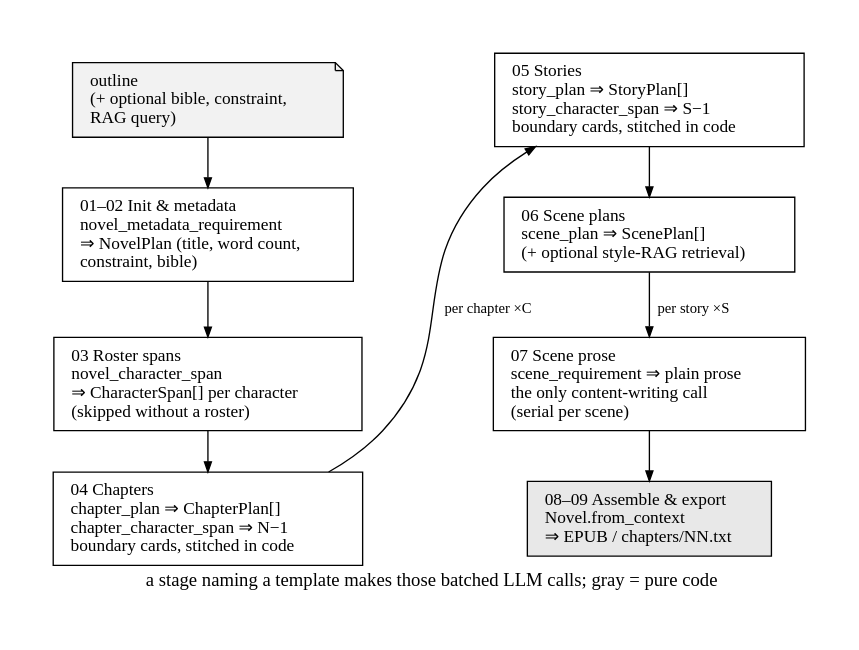
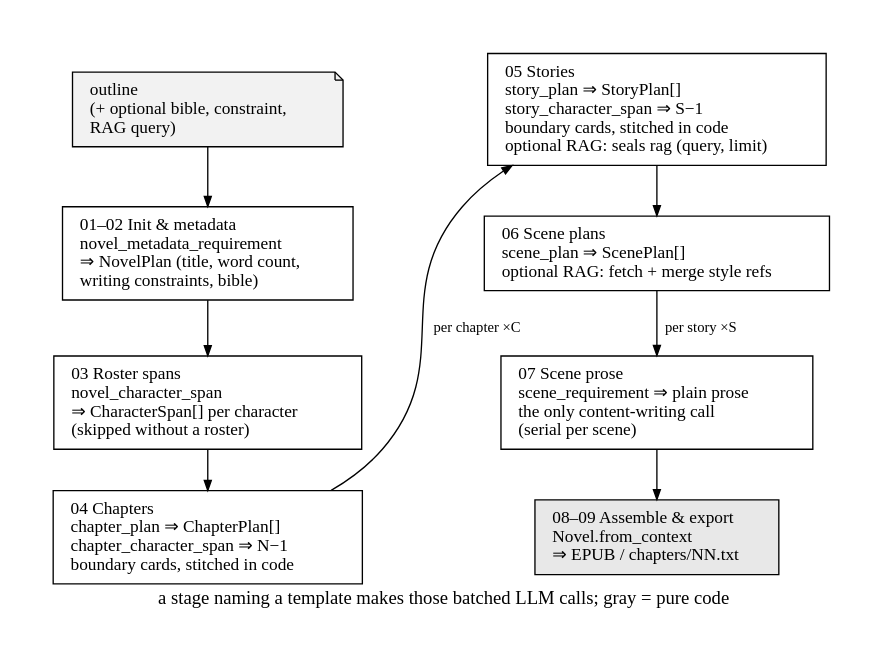
One commit to Whth/fabricatio changed the diagram in packages/fabricatio-novel/assets/pipeline.gv. Above: the diagram before and after it, drawn with Graphviz. The commit also changed 42 other files, not shown here.

```diff
--- a/packages/fabricatio-novel/assets/pipeline.gv
+++ b/packages/fabricatio-novel/assets/pipeline.gv
@@ -1,42 +1,42 @@
 // fabricatio-novel: staged pipeline with its LLM call inventory.
 // Render: dot -Tsvg pipeline.gv -o pipeline.svg
 // Templates are .hbs files under templates/built-in/ (full mapping in the README table).
 digraph pipeline {
     rankdir=TB;
     bgcolor="white";
     fontname="serif";
     pad="0.45";
     nodesep=0.45;
     ranksep=0.42;
     labelloc="b";
     label="  a stage naming a template makes those batched LLM calls; gray = pure code";
 
     node [shape=box, style="filled", fillcolor="white", color="black",
           fontname="serif", fontsize=13, margin="0.18,0.10"];
     edge [color="black", arrowsize=0.75, fontname="serif", fontsize=11];
 
     // left column — novel scope
     outline [label="outline\l(+ optional bible, constraint,\lRAG query)\l", shape=note, fillcolor="#F2F2F2"];
-    initmeta [label="01–02 Init & metadata\lnovel_metadata_requirement\l⇒ NovelPlan (title, word count,\lconstraint, bible)\l"];
+    initmeta [label="01–02 Init & metadata\lnovel_metadata_requirement\l⇒ NovelPlan (title, word count,\lwriting constraints, bible)\l"];
     chars    [label="03 Roster spans\lnovel_character_span\l⇒ CharacterSpan[] per character\l(skipped without a roster)\l"];
     chapters [label="04 Chapters\lchapter_plan ⇒ ChapterPlan[]\lchapter_character_span ⇒ N−1\lboundary cards, stitched in code\l"];
 
     // right column — chapter scope
-    stories [label="05 Stories\lstory_plan ⇒ StoryPlan[]\lstory_character_span ⇒ S−1\lboundary cards, stitched in code\l"];
-    splan   [label="06 Scene plans\lscene_plan ⇒ ScenePlan[]\l(+ optional style-RAG retrieval)\l"];
+    stories [label="05 Stories\lstory_plan ⇒ StoryPlan[]\lstory_character_span ⇒ S−1\lboundary cards, stitched in code\loptional RAG: seals rag (query, limit)\l"];
+    splan   [label="06 Scene plans\lscene_plan ⇒ ScenePlan[]\loptional RAG: fetch + merge style refs\l"];
     prose   [label="07 Scene prose\lscene_requirement ⇒ plain prose\lthe only content-writing call\l(serial per scene)\l"];
     asm     [label="08–09 Assemble & export\lNovel.from_context\l⇒ EPUB / chapters/NN.txt\l", fillcolor="#E8E8E8"];
 
     outline  -> initmeta;
     initmeta -> chars;
     chars    -> chapters;
     chapters -> stories [label=" per chapter ×C", constraint=false];
     stories  -> splan;
     splan    -> prose [label=" per story ×S"];
     prose    -> asm;
 
     { rank=same; outline;  stories; }
     { rank=same; initmeta; splan;   }
     { rank=same; chars;    prose;   }
     { rank=same; chapters; asm;     }
 }
```
